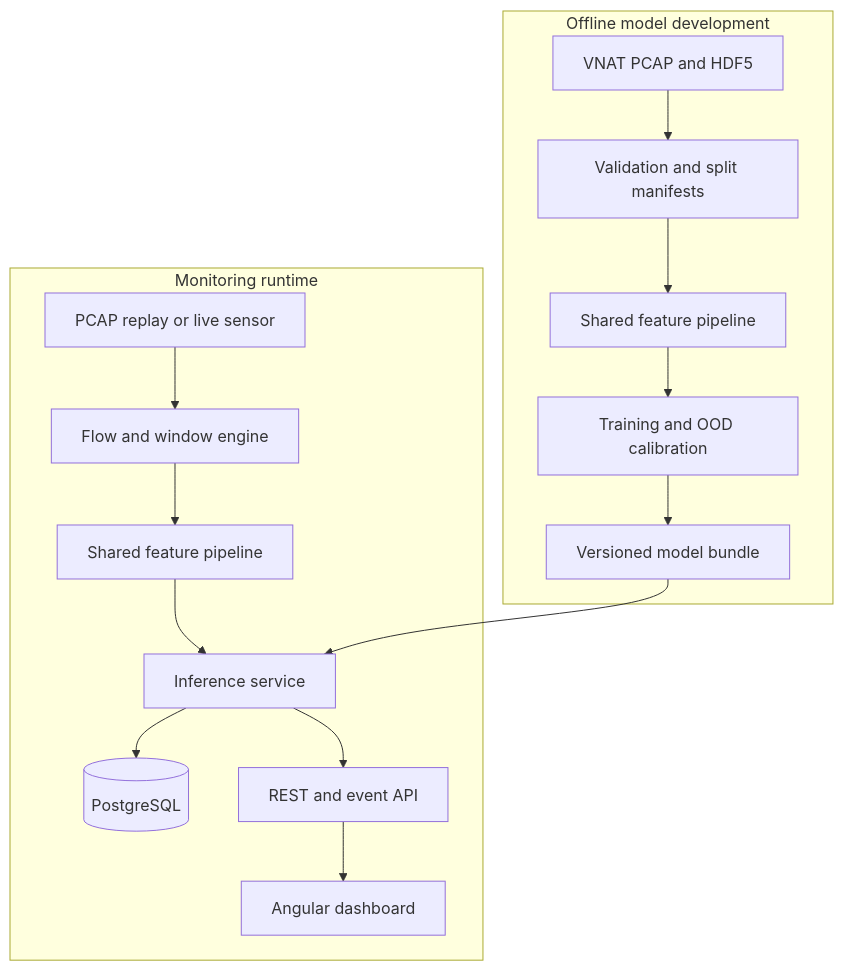
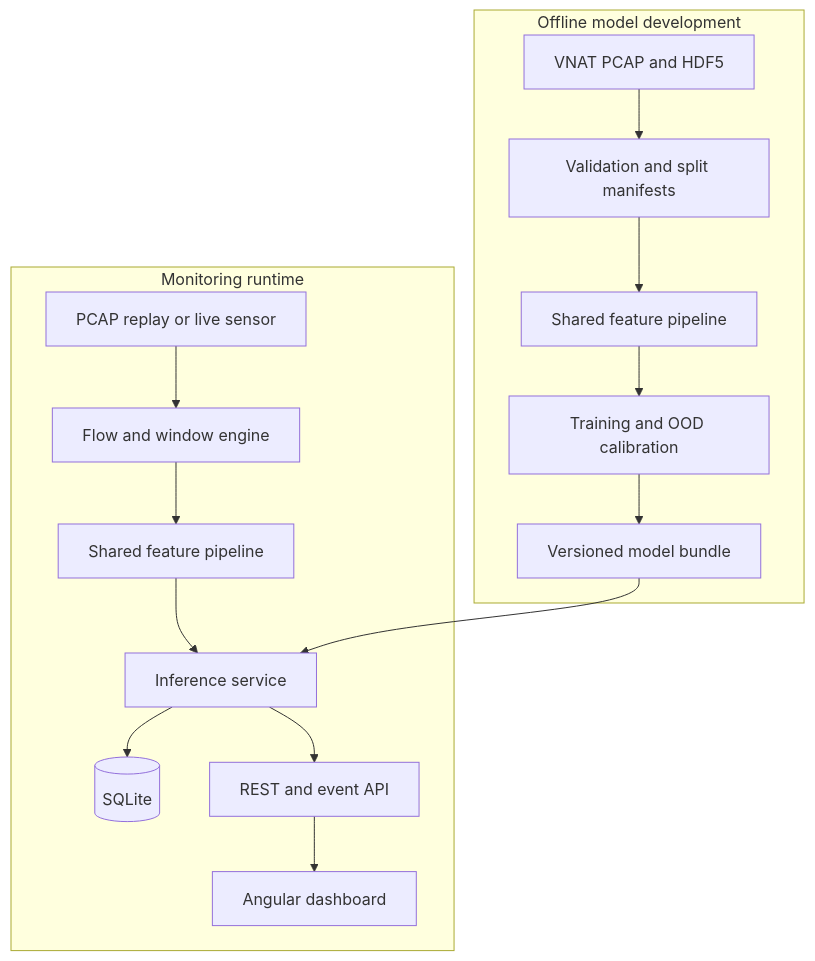
The second of 3 diagrams in docs/engineering-design.md (JCrossoverGithub/Parallax), drawn with Mermaid before and after one commit. The commit also changed other lines of this file and 40 other files, not shown here.

````diff
--- a/docs/engineering-design.md
+++ b/docs/engineering-design.md
@@ -224,19 +224,19 @@
 ```mermaid
 flowchart TD
     subgraph Offline[Offline model development]
         A[VNAT PCAP and HDF5] --> B[Validation and split manifests]
         B --> C[Shared feature pipeline]
         C --> D[Training and OOD calibration]
         D --> E[Versioned model bundle]
     end
 
     subgraph Runtime[Monitoring runtime]
         F[PCAP replay or live sensor] --> G[Flow and window engine]
         G --> H[Shared feature pipeline]
         H --> I[Inference service]
         E --> I
-        I --> J[(PostgreSQL)]
+        I --> J[(SQLite)]
         I --> K[REST and event API]
         K --> L[Angular dashboard]
     end
 ```
````
